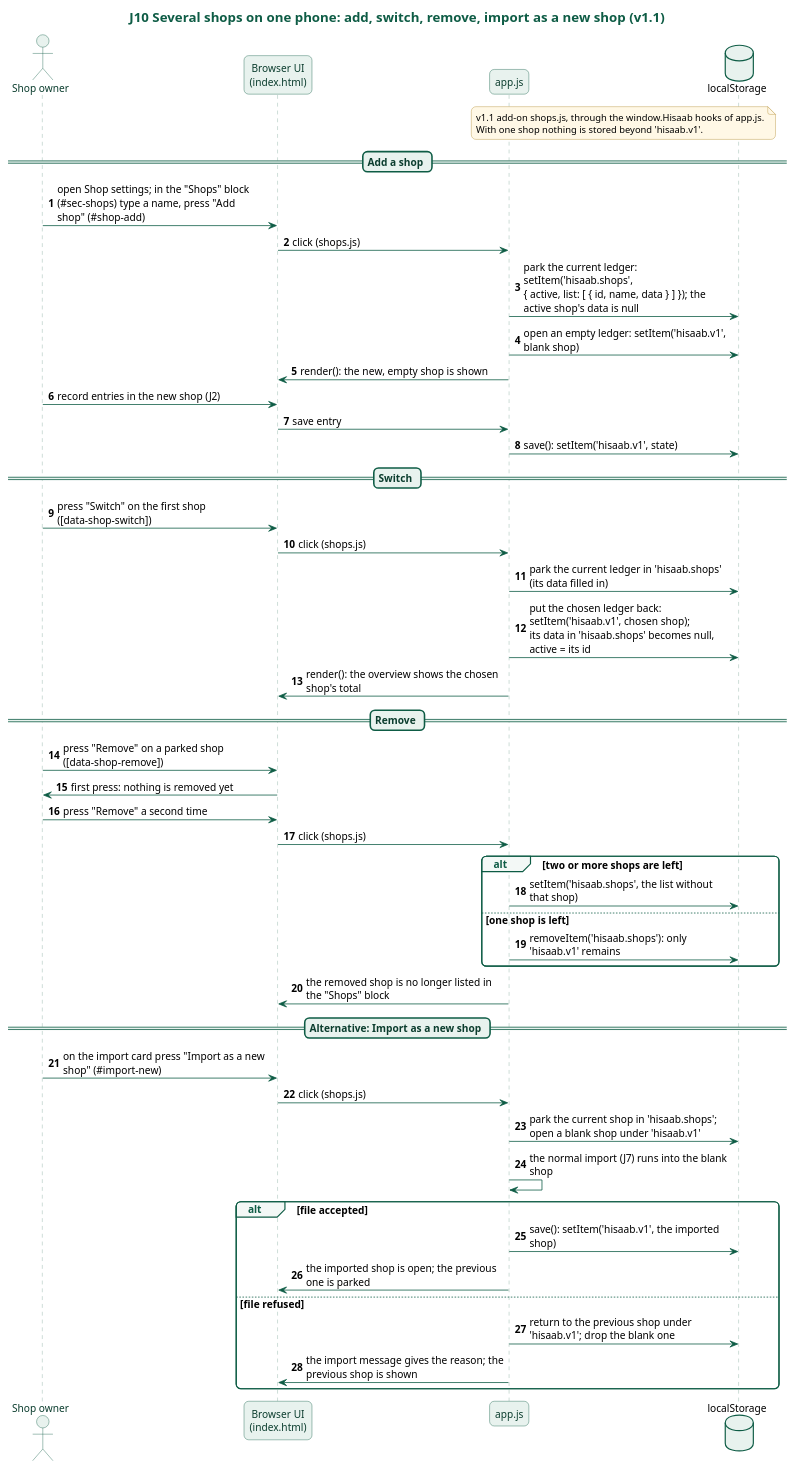
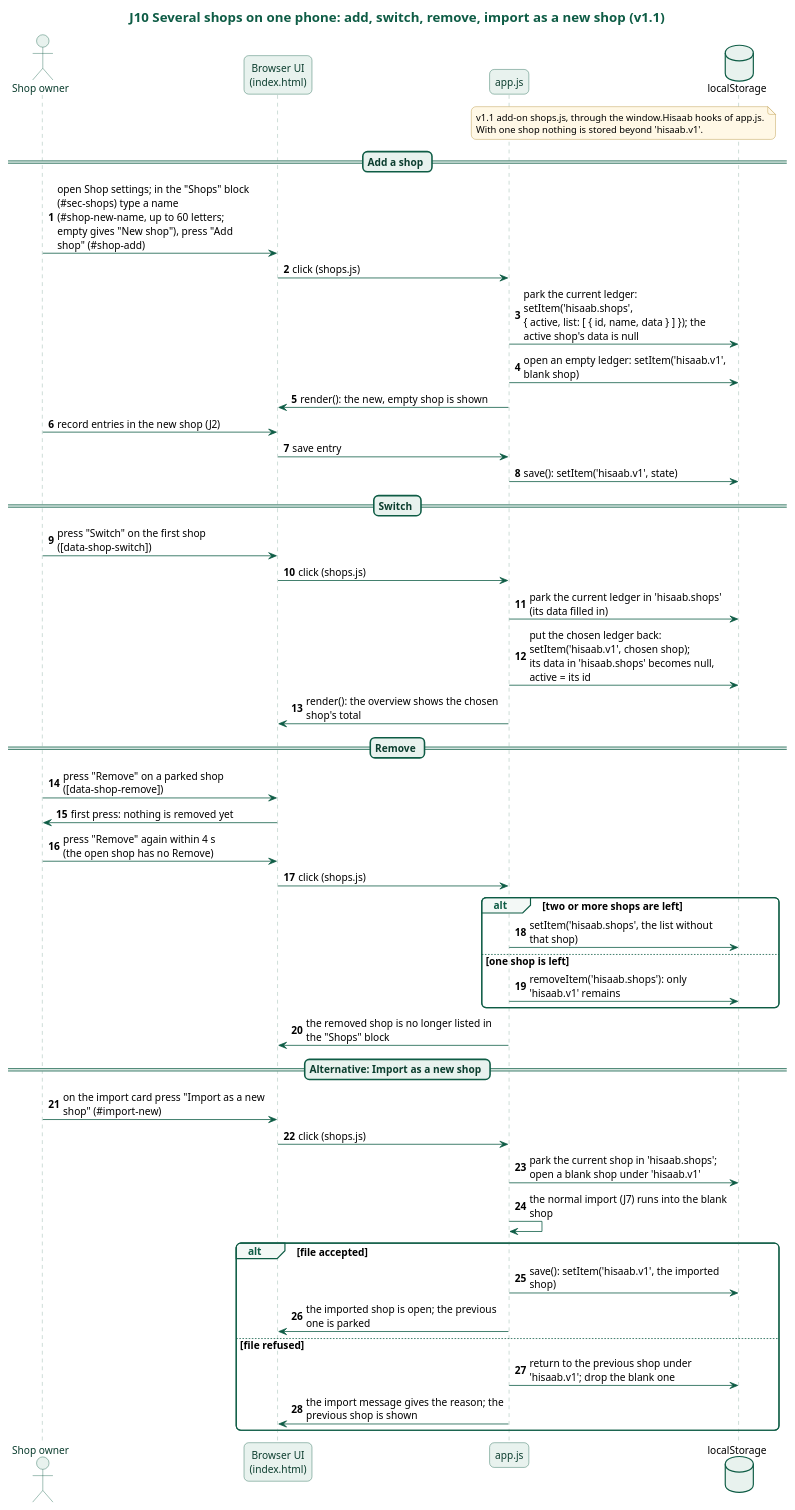
The diagram in docs/diagrams/j10-several-shops.puml (karwasanjay007/hisaab-docs), drawn with PlantUML before and after one commit. The commit also changed 10 other files, not shown here.

First line of the commit message:
Journeys J1, J4, J8, J10 and J11 walked against the code and corrected; five diagrams re-rendered

```diff
--- a/docs/diagrams/j10-several-shops.puml
+++ b/docs/diagrams/j10-several-shops.puml
@@ -1,84 +1,84 @@
 @startuml j10-several-shops
 title J10 Several shops on one phone: add, switch, remove, import as a new shop (v1.1)
 skinparam backgroundColor white
 skinparam defaultFontName "Noto Sans"
 skinparam defaultFontSize 13
 skinparam roundCorner 12
 skinparam shadowing false
 skinparam maxMessageSize 260
 skinparam titleFontSize 17
 skinparam titleFontColor #0E5C45
 skinparam sequenceMessageAlign left
 skinparam responseMessageBelowArrow true
 skinparam sequence {
   ArrowColor #0E5C45
   LifeLineBorderColor #7FA89A
   LifeLineBackgroundColor #E8F2EE
   ParticipantBorderColor #0E5C45
   ParticipantBackgroundColor #E8F2EE
   ParticipantFontColor #0B3D2E
   ActorBorderColor #0E5C45
   ActorBackgroundColor #E8F2EE
   ActorFontColor #0B3D2E
   GroupBorderColor #0E5C45
   GroupHeaderFontColor #0E5C45
   GroupBackgroundColor #F3F8F6
   DividerBorderColor #0E5C45
   DividerBackgroundColor #E8F2EE
   DividerFontColor #0B3D2E
   BoxBorderColor #0E5C45
 }
 skinparam database {
   BorderColor #0E5C45
   BackgroundColor #E8F2EE
 }
 skinparam note {
   BorderColor #B08A2E
   BackgroundColor #FFF8E6
   FontSize 12
 }
 actor "Shop owner" as Owner
 participant "Browser UI\n(index.html)" as UI
 participant "app.js" as App
 database "localStorage" as LS
 autonumber
 note over App, LS : v1.1 add-on shops.js, through the window.Hisaab hooks of app.js.\nWith one shop nothing is stored beyond 'hisaab.v1'.
 == Add a shop ==
-Owner -> UI : open Shop settings; in the "Shops" block (#sec-shops) type a name, press "Add shop" (#shop-add)
+Owner -> UI : open Shop settings; in the "Shops" block (#sec-shops) type a name (#shop-new-name, up to 60 letters;\nempty gives "New shop"), press "Add shop" (#shop-add)
 UI -> App : click (shops.js)
 App -> LS : park the current ledger: setItem('hisaab.shops',\n{ active, list: [ { id, name, data } ] }); the active shop's data is null
 App -> LS : open an empty ledger: setItem('hisaab.v1', blank shop)
 App -> UI : render(): the new, empty shop is shown
 Owner -> UI : record entries in the new shop (J2)
 UI -> App : save entry
 App -> LS : save(): setItem('hisaab.v1', state)
 == Switch ==
 Owner -> UI : press "Switch" on the first shop ([data-shop-switch])
 UI -> App : click (shops.js)
 App -> LS : park the current ledger in 'hisaab.shops' (its data filled in)
 App -> LS : put the chosen ledger back: setItem('hisaab.v1', chosen shop);\nits data in 'hisaab.shops' becomes null, active = its id
 App -> UI : render(): the overview shows the chosen shop's total
 == Remove ==
 Owner -> UI : press "Remove" on a parked shop ([data-shop-remove])
 UI -> Owner : first press: nothing is removed yet
-Owner -> UI : press "Remove" a second time
+Owner -> UI : press "Remove" again within 4 s\n(the open shop has no Remove)
 UI -> App : click (shops.js)
 alt two or more shops are left
   App -> LS : setItem('hisaab.shops', the list without that shop)
 else one shop is left
   App -> LS : removeItem('hisaab.shops'): only 'hisaab.v1' remains
 end
 App -> UI : the removed shop is no longer listed in the "Shops" block
 == Alternative: Import as a new shop ==
 Owner -> UI : on the import card press "Import as a new shop" (#import-new)
 UI -> App : click (shops.js)
 App -> LS : park the current shop in 'hisaab.shops'; open a blank shop under 'hisaab.v1'
 App -> App : the normal import (J7) runs into the blank shop
 alt file accepted
   App -> LS : save(): setItem('hisaab.v1', the imported shop)
   App -> UI : the imported shop is open; the previous one is parked
 else file refused
   App -> LS : return to the previous shop under 'hisaab.v1'; drop the blank one
   App -> UI : the import message gives the reason; the previous shop is shown
 end
 @enduml
```
